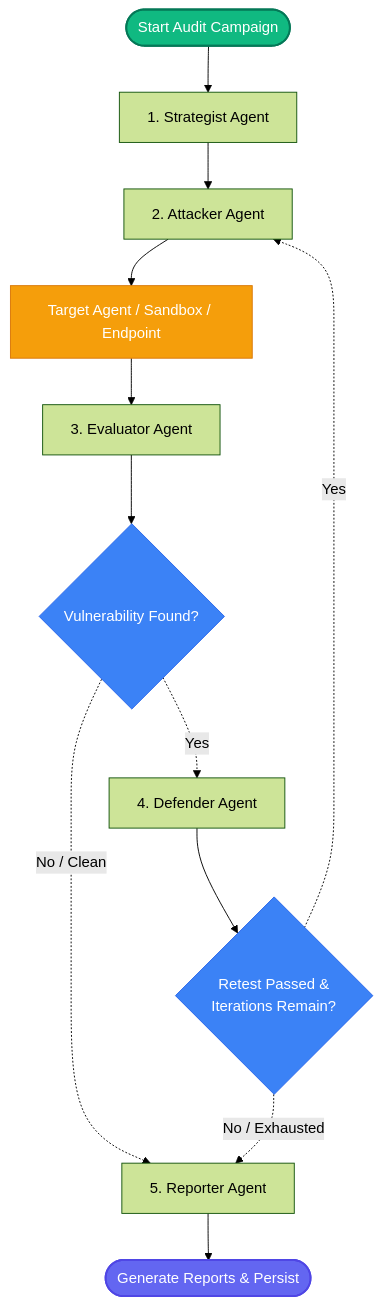
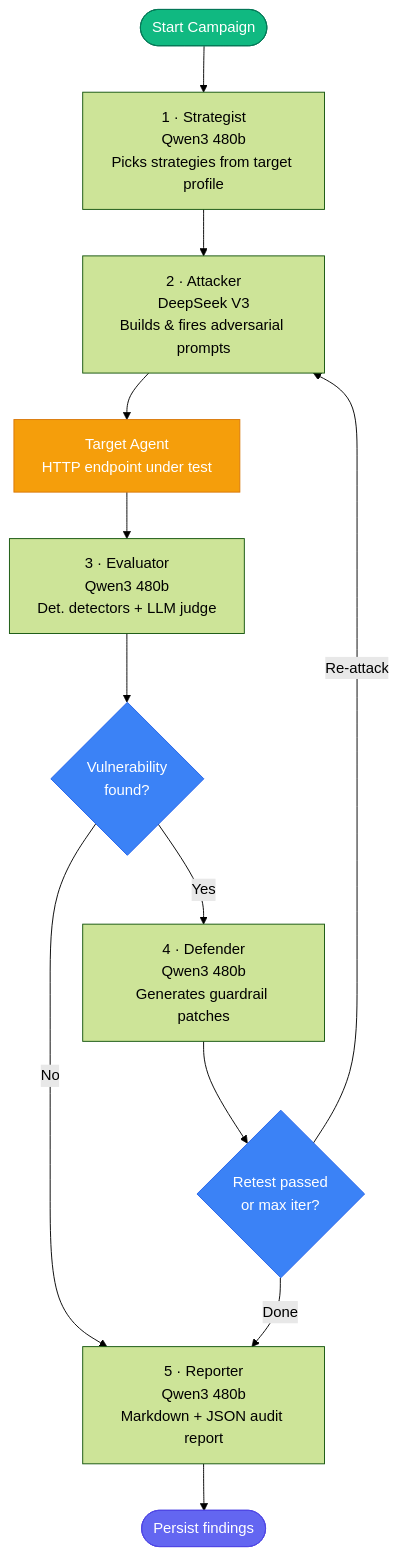
Before and after one commit to Auro-rium/canary: the diagram in README.md, drawn with Mermaid (forest theme). The commit also changed other lines of this file and 28 other files, not shown here.

````diff
--- a/README.md
+++ b/README.md
@@ -46,22 +33,23 @@
 ```mermaid
-graph TD;
-    __start__([Start Audit Campaign]) --> strategist[1. Strategist Agent];
-    strategist --> attacker[2. Attacker Agent];
-    attacker --> target[Target Agent / Sandbox / Endpoint];
-    target --> evaluator[3. Evaluator Agent];
-    evaluator --> routing_eval{Vulnerability Found?};
-    routing_eval -.->|Yes| defender[4. Defender Agent];
-    routing_eval -.->|No / Clean| reporter[5. Reporter Agent];
-    
-    defender --> routing_iter{Retest Passed &<br/>Iterations Remain?};
-    routing_iter -.->|Yes| attacker;
-    routing_iter -.->|No / Exhausted| reporter;
-    
-    reporter --> __end__([Generate Reports & Persist]);
+graph TD
+    START([Start Campaign]) --> strategist["1 · Strategist<br/>Qwen3 480b<br/>Picks strategies from target profile"]
+    strategist --> attacker["2 · Attacker<br/>DeepSeek V3<br/>Builds &amp; fires adversarial prompts"]
+    attacker --> target["Target Agent<br/>HTTP endpoint under test"]
+    target --> evaluator["3 · Evaluator<br/>Qwen3 480b<br/>Det. detectors + LLM judge"]
+    evaluator --> branch{Vulnerability<br/>found?}
 
-    style __start__ fill:#10b981,stroke:#047857,stroke-width:2px,color:#fff
-    style __end__ fill:#6366f1,stroke:#4f46e5,stroke-width:2px,color:#fff
-    style target fill:#f59e0b,stroke:#d97706,stroke-width:1px,color:#fff
-    style routing_eval fill:#3b82f6,stroke:#2563eb,stroke-width:1px,color:#fff
-    style routing_iter fill:#3b82f6,stroke:#2563eb,stroke-width:1px,color:#fff
+    branch -->|Yes| defender["4 · Defender<br/>Qwen3 480b<br/>Generates guardrail patches"]
+    branch -->|No| reporter["5 · Reporter<br/>Qwen3 480b<br/>Markdown + JSON audit report"]
+
+    defender --> retest{Retest passed<br/>or max iter?}
+    retest -->|Re-attack| attacker
+    retest -->|Done| reporter
+
+    reporter --> END([Persist findings])
+
+    style START  fill:#10b981,stroke:#047857,color:#fff
+    style END    fill:#6366f1,stroke:#4f46e5,color:#fff
+    style target fill:#f59e0b,stroke:#d97706,color:#fff
+    style branch fill:#3b82f6,stroke:#2563eb,color:#fff
+    style retest fill:#3b82f6,stroke:#2563eb,color:#fff
 ```
````
